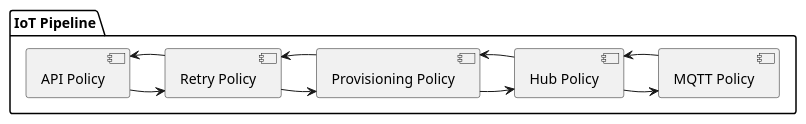
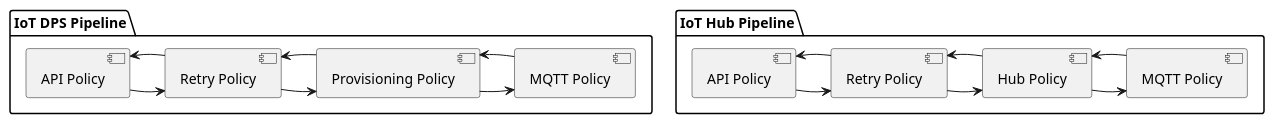
One commit to vaavva/azure-sdk-for-c-hfsm changed the diagram in sdk/docs/iot/resources/az_iot_pipeline_single.puml. Above: the diagram before and after it, drawn with PlantUML.

Commit message:
Single pipeline changes

```diff
--- a/sdk/docs/iot/resources/az_iot_pipeline_single.puml
+++ b/sdk/docs/iot/resources/az_iot_pipeline_single.puml
@@ -1,20 +1,31 @@
 @startuml
 
-package "IoT Pipeline" {
-    [API Policy] as API
-    [Retry Policy] as Retry
+
+package "IoT DPS Pipeline" {
+    [API Policy] as API_dps
+    [Retry Policy] as Retry_dps
     [Provisioning Policy] as DPS
+    [MQTT Policy] as MQTT_dps
+    API_dps -> Retry_dps
+    API_dps <- Retry_dps
+    Retry_dps -> DPS
+    Retry_dps <- DPS
+    DPS -> MQTT_dps
+    DPS <- MQTT_dps
+}
+
+
+package "IoT Hub Pipeline" {
+    [API Policy] as API_hub
+    [Retry Policy] as Retry_hub
     [Hub Policy] as Hub
-    [MQTT Policy] as MQTT
-
-    API -> Retry
-    API <- Retry
-    Retry -> DPS
-    Retry <- DPS
-    DPS -> Hub
-    DPS <- Hub
-    Hub -> MQTT
-    Hub <- MQTT
+    [MQTT Policy] as MQTT_hub
+    API_hub -> Retry_hub
+    API_hub <- Retry_hub
+    Retry_hub -> Hub
+    Retry_hub <- Hub
+    Hub -> MQTT_hub
+    Hub <- MQTT_hub
 }
 
 @enduml
```
